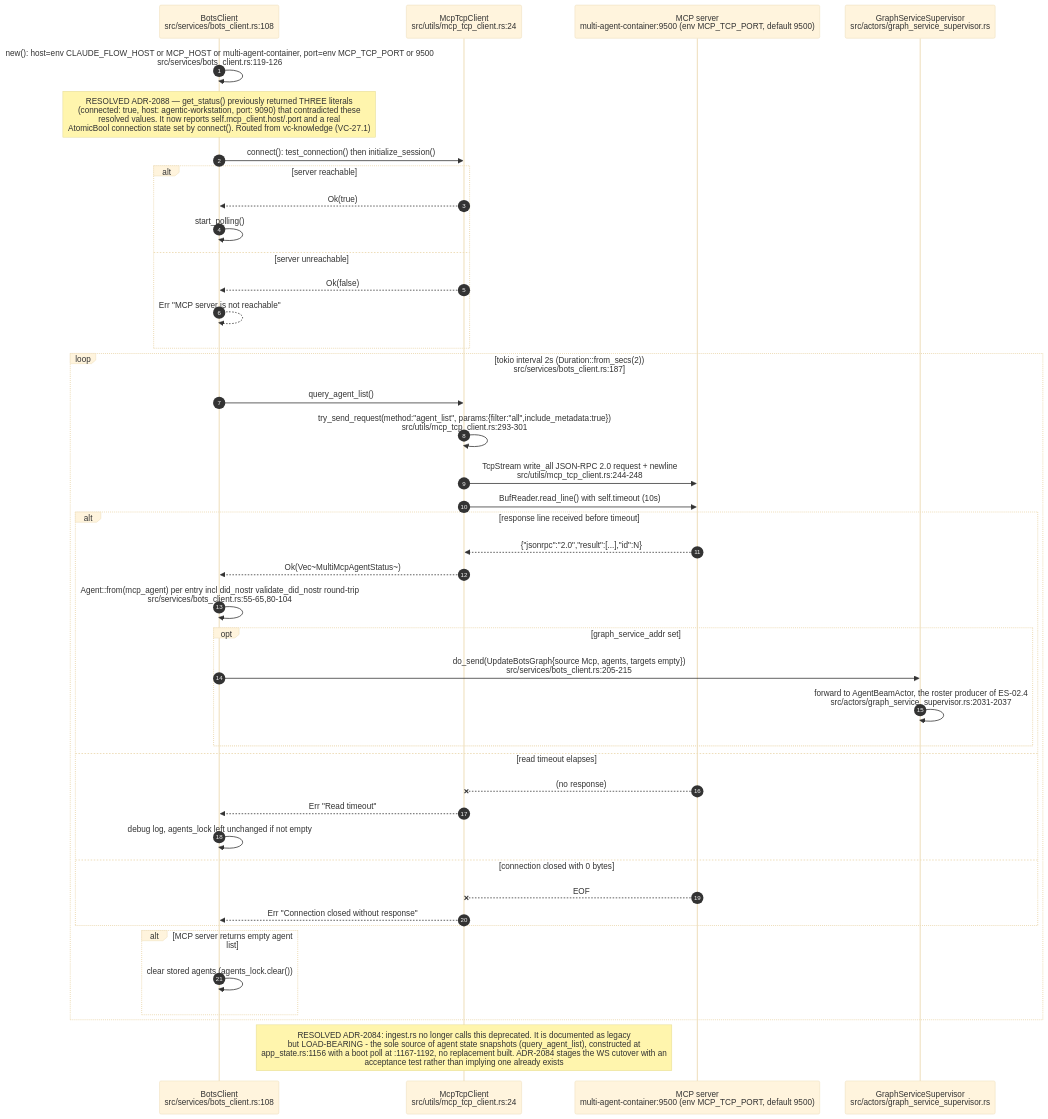
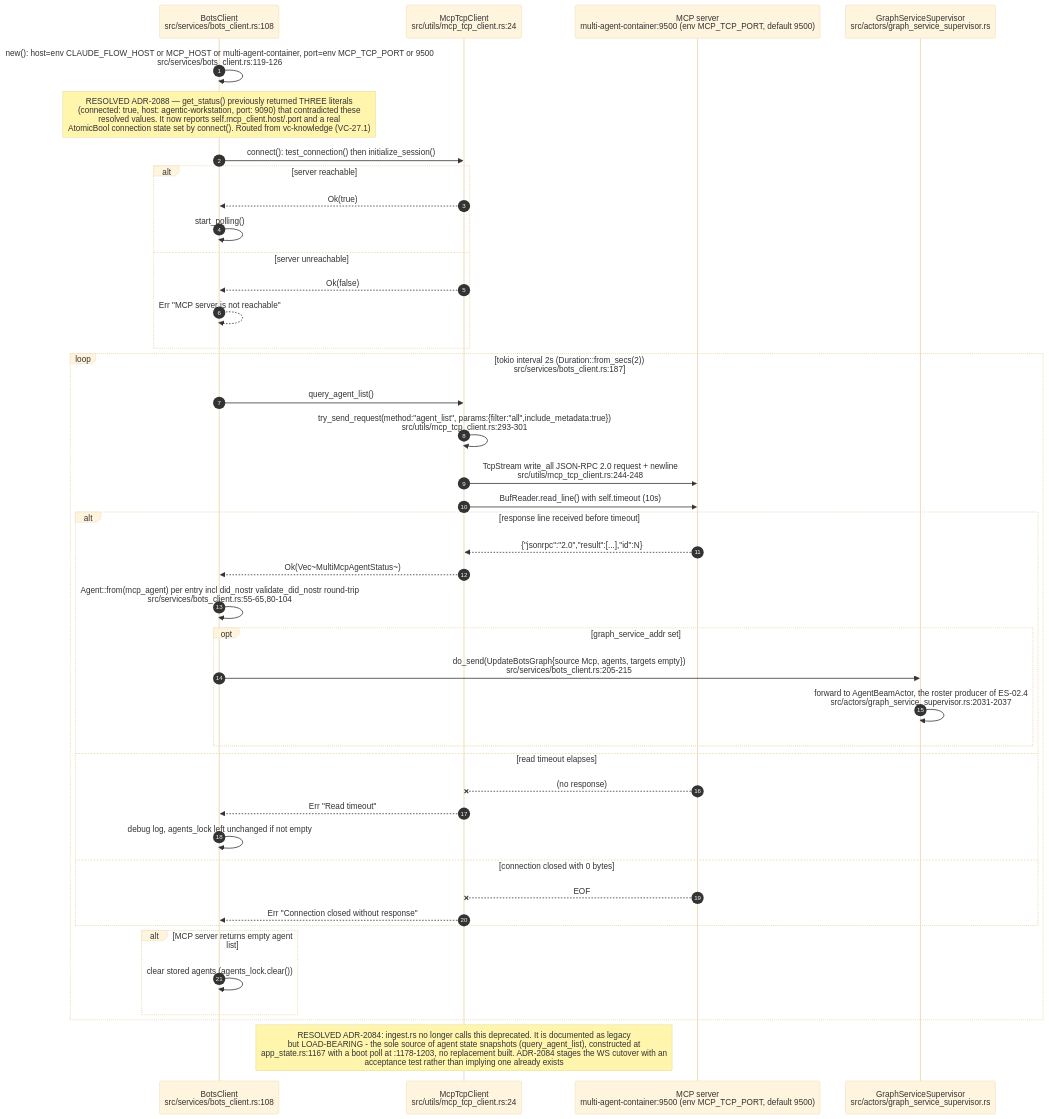
Before and after one commit to DreamLab-AI/VisionFlow: the eighth of 12 diagrams in docs/diagrams/estate/02-agent-events-agentbox-to-visionclaw.md, drawn with Mermaid (base theme). The commit also changed other lines of this file and 81 other files, not shown here.

First line of the commit message:
docs(diagrams): roll VisionClaw topics to main 010e1109b (PR 37 and 38 merged); fix remaining prose citations

````diff
--- a/docs/diagrams/estate/02-agent-events-agentbox-to-visionclaw.md
+++ b/docs/diagrams/estate/02-agent-events-agentbox-to-visionclaw.md
@@ -391,45 +392,45 @@
 ```mermaid
 sequenceDiagram
     autonumber
     participant BC as BotsClient<br/>src/services/bots_client.rs:108
     participant TCP as McpTcpClient<br/>src/utils/mcp_tcp_client.rs:24
     participant SRV as MCP server<br/>multi-agent-container:9500 (env MCP_TCP_PORT, default 9500)
     participant GSS as GraphServiceSupervisor<br/>src/actors/graph_service_supervisor.rs
 
     BC->>BC: new(): host=env CLAUDE_FLOW_HOST or MCP_HOST or multi-agent-container, port=env MCP_TCP_PORT or 9500<br/>src/services/bots_client.rs:119-126
     Note over BC: RESOLVED ADR-2088 — get_status() previously returned THREE literals<br/>(connected: true, host: agentic-workstation, port: 9090) that contradicted these<br/>resolved values. It now reports self.mcp_client.host/.port and a real<br/>AtomicBool connection state set by connect(). Routed from vc-knowledge (VC-27.1)
     BC->>TCP: connect(): test_connection() then initialize_session()
     alt server reachable
         TCP-->>BC: Ok(true)
         BC->>BC: start_polling()
     else server unreachable
         TCP-->>BC: Ok(false)
         BC-->>BC: Err "MCP server is not reachable"
     end
     loop tokio interval 2s (Duration::from_secs(2))<br/>src/services/bots_client.rs:187
         BC->>TCP: query_agent_list()
         TCP->>TCP: try_send_request(method:"agent_list", params:{filter:"all",include_metadata:true})<br/>src/utils/mcp_tcp_client.rs:293-301
         TCP->>SRV: TcpStream write_all JSON-RPC 2.0 request + newline<br/>src/utils/mcp_tcp_client.rs:244-248
         TCP->>SRV: BufReader.read_line() with self.timeout (10s)
         alt response line received before timeout
             SRV-->>TCP: {"jsonrpc":"2.0","result":[...],"id":N}
             TCP-->>BC: Ok(Vec~MultiMcpAgentStatus~)
             BC->>BC: Agent::from(mcp_agent) per entry incl did_nostr validate_did_nostr round-trip<br/>src/services/bots_client.rs:55-65,80-104
             opt graph_service_addr set
                 BC->>GSS: do_send(UpdateBotsGraph{source Mcp, agents, targets empty})<br/>src/services/bots_client.rs:205-215
                 GSS->>GSS: forward to AgentBeamActor, the roster producer of ES-02.4<br/>src/actors/graph_service_supervisor.rs:2031-2037
             end
         else read timeout elapses
             SRV--xTCP: (no response)
             TCP-->>BC: Err "Read timeout"
             BC->>BC: debug log, agents_lock left unchanged if not empty
         else connection closed with 0 bytes
             SRV--xTCP: EOF
             TCP-->>BC: Err "Connection closed without response"
         end
         alt MCP server returns empty agent list
             BC->>BC: clear stored agents (agents_lock.clear())
         end
     end
-    Note over TCP: RESOLVED ADR-2084: ingest.rs no longer calls this deprecated. It is documented as legacy<br/>but LOAD-BEARING - the sole source of agent state snapshots (query_agent_list), constructed at<br/>app_state.rs:1156 with a boot poll at :1167-1192, no replacement built. ADR-2084 stages the WS cutover with an<br/>acceptance test rather than implying one already exists
+    Note over TCP: RESOLVED ADR-2084: ingest.rs no longer calls this deprecated. It is documented as legacy<br/>but LOAD-BEARING - the sole source of agent state snapshots (query_agent_list), constructed at<br/>app_state.rs:1167 with a boot poll at :1178-1203, no replacement built. ADR-2084 stages the WS cutover with an<br/>acceptance test rather than implying one already exists
 ```
````
